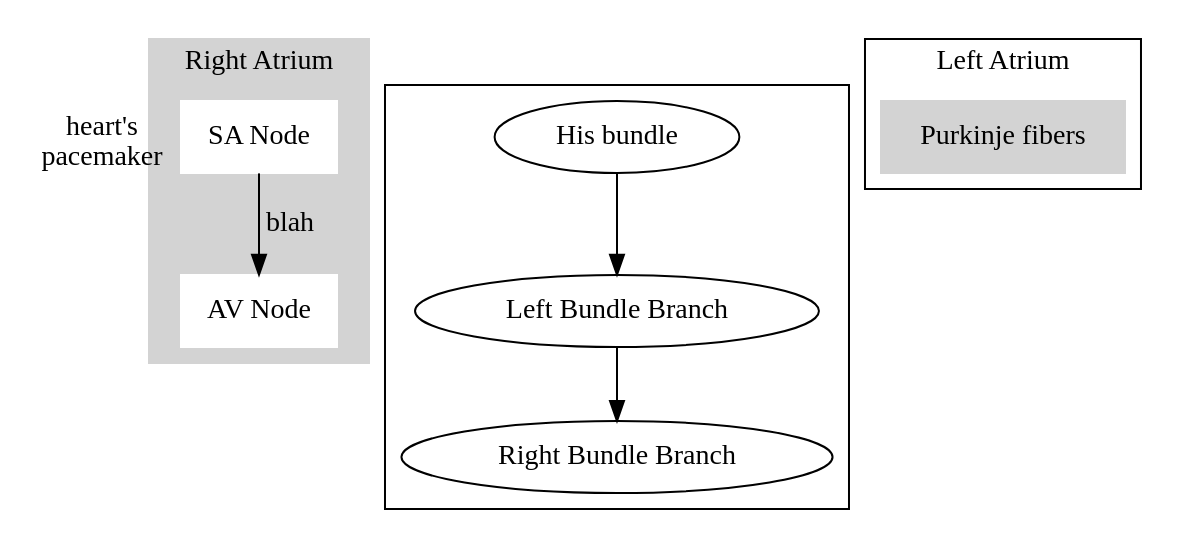
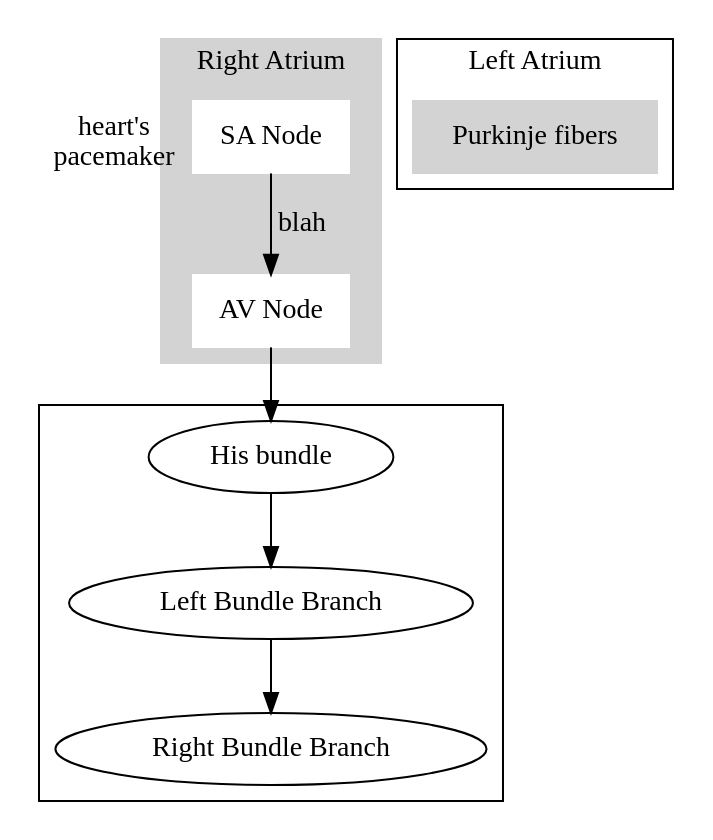
The diagram in NURS380_Practicum/Topics/EKG/EKG and Rhythms.md (meirisoda/school_spring2024), drawn with Graphviz before and after one commit.

Commit message:
vault backup: 2024-02-19 16:57:45

````diff
--- a/NURS380_Practicum/Topics/EKG/EKG and Rhythms.md
+++ b/NURS380_Practicum/Topics/EKG/EKG and Rhythms.md
@@ -175,31 +175,31 @@
 ```dot
 digraph G {
 	subgraph cluster_0{
 		label="Right Atrium";
 		style=filled;
 		color=lightgrey;
 		node [style=filled,color=white];
 		orientation=L;
 		A [label="SA Node", xlabel="heart's\npacemaker", shape=box];
 		B [label="AV Node", shape=box];
 		
 		A -> B [label="blah"];
 	}
 	
 	subgraph cluster_1 {
 		D0 [label="His bundle"];
 		D1 [label="Left Bundle Branch"];
 		D2 [label="Right Bundle Branch"];
 
 		D0 -> D1 -> D2
 	}
 	
 	subgraph cluster_2 {
 		label="Left Atrium";
 		node [style=filled, color=lightgrey];
 		C [label="Purkinje fibers", shape=box];
 	}
 
-	
+	B -> D0
 }
 ```
````
